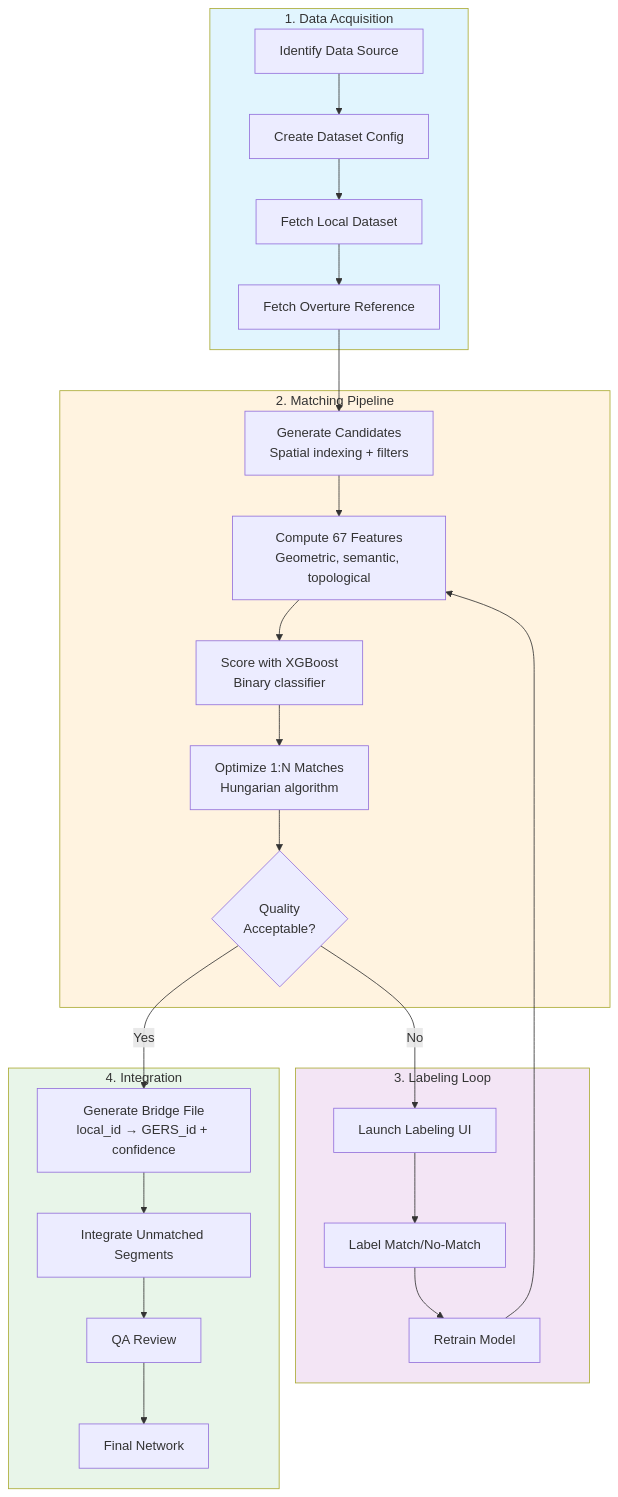
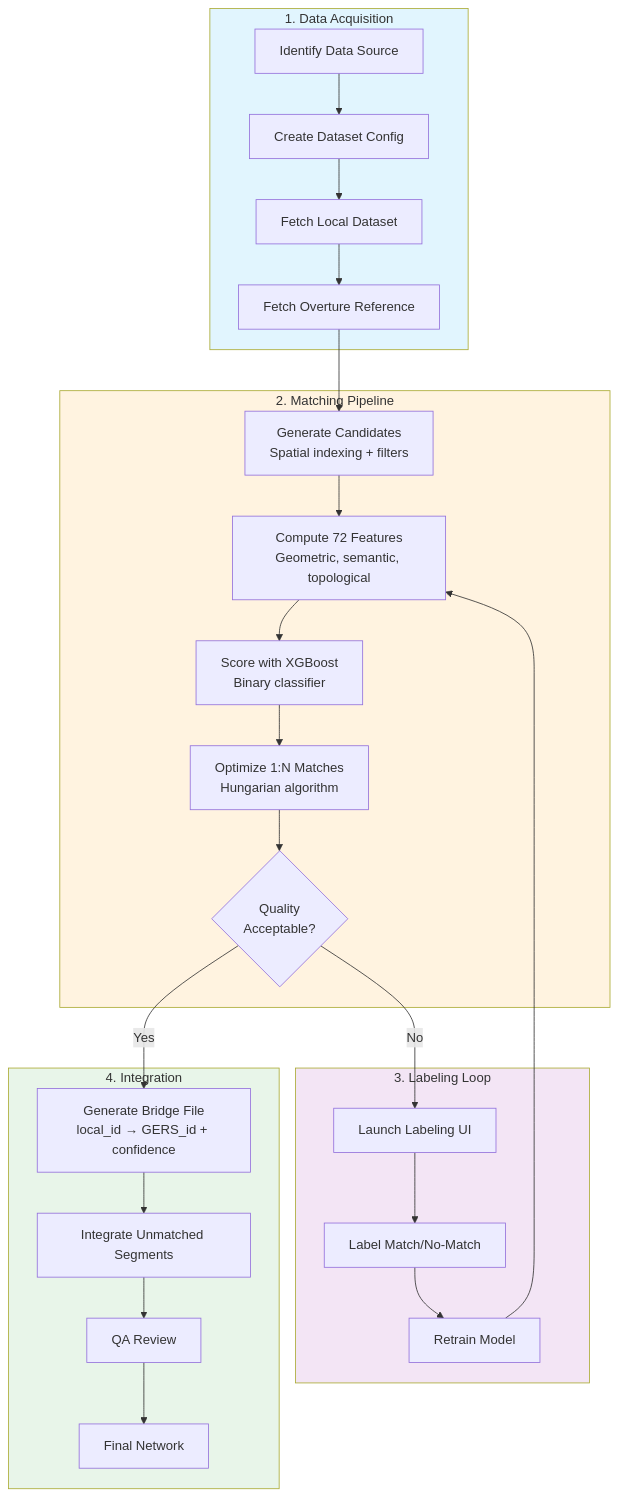
The diagram in README.md (brad-richardson/crosswalk), drawn with Mermaid before and after one commit. The commit also changed other lines of this file and 31 other files, not shown here.

````diff
--- a/README.md
+++ b/README.md
@@ -61,35 +61,35 @@
 ```mermaid
 flowchart TB
     subgraph Data["1. Data Acquisition"]
         A[Identify Data Source] --> B[Create Dataset Config]
         B --> C[Fetch Local Dataset]
         C --> D[Fetch Overture Reference]
     end
 
     subgraph Match["2. Matching Pipeline"]
         D --> E[Generate Candidates<br/>Spatial indexing + filters]
-        E --> F[Compute 67 Features<br/>Geometric, semantic, topological]
+        E --> F[Compute 72 Features<br/>Geometric, semantic, topological]
         F --> G[Score with XGBoost<br/>Binary classifier]
         G --> H[Optimize 1:N Matches<br/>Hungarian algorithm]
         H --> I{Quality<br/>Acceptable?}
     end
 
     subgraph Label["3. Labeling Loop"]
         I -->|No| J[Launch Labeling UI]
         J --> K[Label Match/No-Match]
         K --> L[Retrain Model]
         L --> F
     end
 
     subgraph Output["4. Integration"]
         I -->|Yes| M[Generate Bridge File<br/>local_id → GERS_id + confidence]
         M --> N[Integrate Unmatched Segments]
         N --> O[QA Review]
         O --> P[Final Network]
     end
 
     style Data fill:#e1f5fe
     style Match fill:#fff3e0
     style Label fill:#f3e5f5
     style Output fill:#e8f5e9
 ```
````
